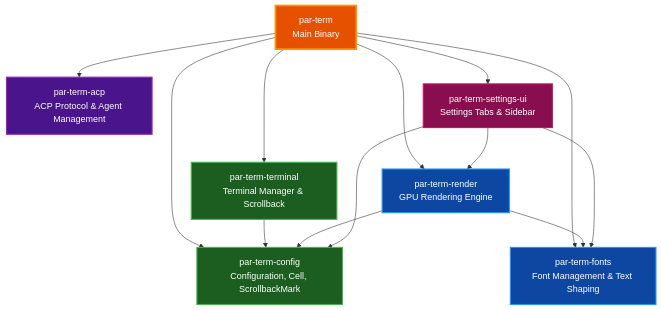
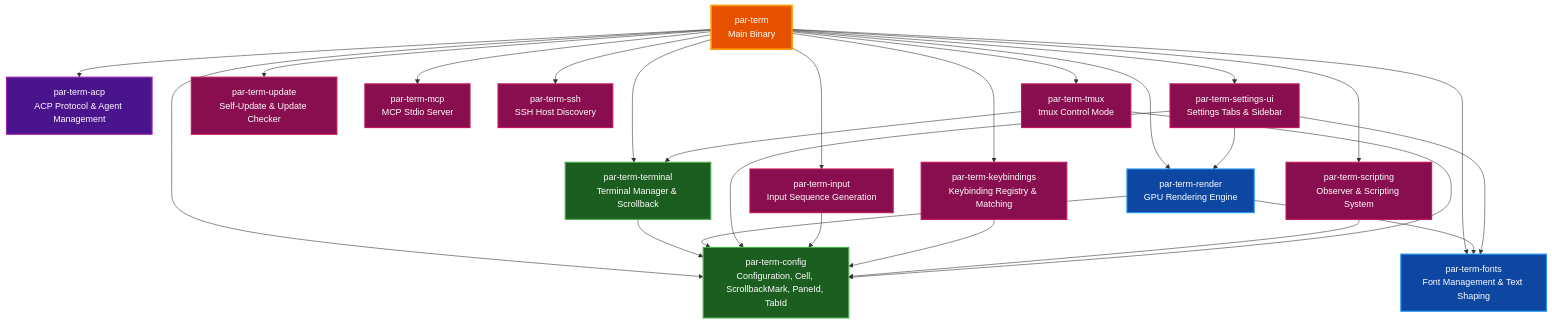
Before and after one commit to paulrobello/par-term: the second of 3 diagrams in docs/ARCHITECTURE.md, drawn with Mermaid. The commit also changed other lines of this file and 4 other files, not shown here.

````diff
--- a/docs/ARCHITECTURE.md
+++ b/docs/ARCHITECTURE.md
@@ -128,32 +128,58 @@
 ```mermaid
 graph TD
     Main[par-term<br>Main Binary]
     ACP[par-term-acp<br>ACP Protocol & Agent Management]
-    Config[par-term-config<br>Configuration, Cell, ScrollbackMark]
+    Config[par-term-config<br>Configuration, Cell, ScrollbackMark, PaneId, TabId]
     Fonts[par-term-fonts<br>Font Management & Text Shaping]
     Terminal[par-term-terminal<br>Terminal Manager & Scrollback]
     Render[par-term-render<br>GPU Rendering Engine]
     Settings[par-term-settings-ui<br>Settings Tabs & Sidebar]
+    Input[par-term-input<br>Input Sequence Generation]
+    Keybind[par-term-keybindings<br>Keybinding Registry & Matching]
+    Scripting[par-term-scripting<br>Observer & Scripting System]
+    Update[par-term-update<br>Self-Update & Update Checker]
+    MCP[par-term-mcp<br>MCP Stdio Server]
+    SSH[par-term-ssh<br>SSH Host Discovery]
+    Tmux[par-term-tmux<br>tmux Control Mode]
 
     Main --> ACP
     Main --> Config
     Main --> Fonts
     Main --> Terminal
     Main --> Render
     Main --> Settings
+    Main --> Input
+    Main --> Keybind
+    Main --> Scripting
+    Main --> Update
+    Main --> MCP
+    Main --> SSH
+    Main --> Tmux
 
     Terminal --> Config
     Render --> Config
     Render --> Fonts
     Settings --> Config
     Settings --> Fonts
     Settings --> Render
+    Input --> Config
+    Keybind --> Config
+    Scripting --> Config
+    Tmux --> Config
+    Tmux --> Terminal
 
     style Main fill:#e65100,stroke:#ff9800,stroke-width:3px,color:#ffffff
     style ACP fill:#4a148c,stroke:#9c27b0,stroke-width:2px,color:#ffffff
     style Config fill:#1b5e20,stroke:#4caf50,stroke-width:2px,color:#ffffff
     style Fonts fill:#0d47a1,stroke:#2196f3,stroke-width:2px,color:#ffffff
     style Terminal fill:#1b5e20,stroke:#4caf50,stroke-width:2px,color:#ffffff
     style Render fill:#0d47a1,stroke:#2196f3,stroke-width:2px,color:#ffffff
     style Settings fill:#880e4f,stroke:#c2185b,stroke-width:2px,color:#ffffff
+    style Input fill:#880e4f,stroke:#c2185b,stroke-width:2px,color:#ffffff
+    style Keybind fill:#880e4f,stroke:#c2185b,stroke-width:2px,color:#ffffff
+    style Scripting fill:#880e4f,stroke:#c2185b,stroke-width:2px,color:#ffffff
+    style Update fill:#880e4f,stroke:#c2185b,stroke-width:2px,color:#ffffff
+    style MCP fill:#880e4f,stroke:#c2185b,stroke-width:2px,color:#ffffff
+    style SSH fill:#880e4f,stroke:#c2185b,stroke-width:2px,color:#ffffff
+    style Tmux fill:#880e4f,stroke:#c2185b,stroke-width:2px,color:#ffffff
 ```
````
